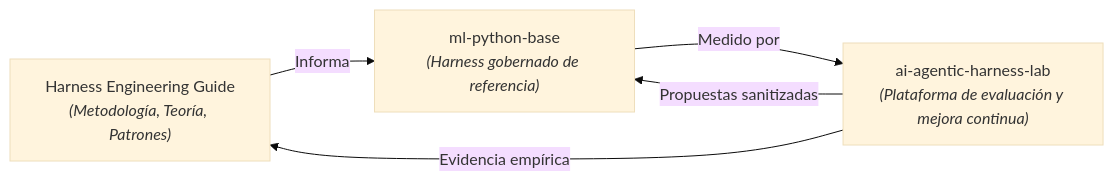
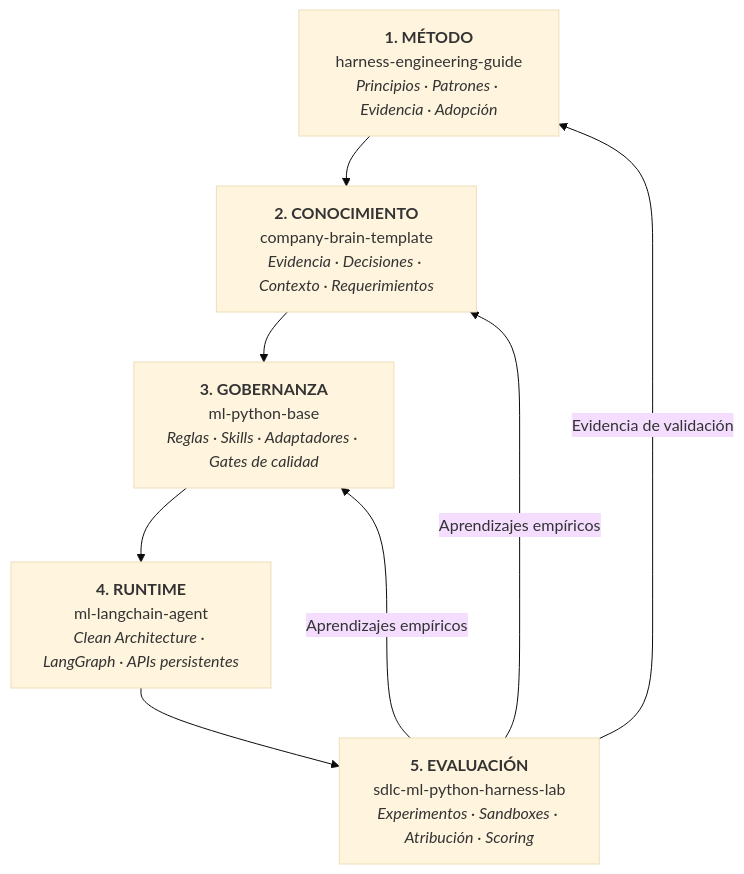
Before and after one commit to marcosdh1987/harness-engineering-guide: the third of 3 diagrams in docs/es/index.md, drawn with Mermaid (base theme). The commit also changed other lines of this file and 120 other files, not shown here.

````diff
--- a/docs/es/index.md
+++ b/docs/es/index.md
@@ -111,11 +111,13 @@
 ```mermaid
-flowchart LR
-    GUIDE["Harness Engineering Guide<br/><i>(Metodología, Teoría, Patrones)</i>"]
-    MPB["ml-python-base<br/><i>(Harness gobernado de referencia)</i>"]
-    LAB["ai-agentic-harness-lab<br/><i>(Plataforma de evaluación y mejora continua)</i>"]
+flowchart TD
+    GUIDE["<b>1. MÉTODO</b><br/>harness-engineering-guide<br/><i>Principios · Patrones · Evidencia · Adopción</i>"]
+    BRAIN["<b>2. CONOCIMIENTO</b><br/>company-brain-template<br/><i>Evidencia · Decisiones · Contexto · Requerimientos</i>"]
+    HARNESS["<b>3. GOBERNANZA</b><br/>ml-python-base<br/><i>Reglas · Skills · Adaptadores · Gates de calidad</i>"]
+    RUNTIME["<b>4. RUNTIME</b><br/>ml-langchain-agent<br/><i>Clean Architecture · LangGraph · APIs persistentes</i>"]
+    LAB["<b>5. EVALUACIÓN</b><br/>sdlc-ml-python-harness-lab<br/><i>Experimentos · Sandboxes · Atribución · Scoring</i>"]
 
-    GUIDE -->|"Informa"| MPB
-    MPB -->|"Medido por"| LAB
-    LAB -->|"Propuestas sanitizadas"| MPB
-    LAB -->|"Evidencia empírica"| GUIDE
+    GUIDE --> BRAIN --> HARNESS --> RUNTIME --> LAB
+    LAB -->|"Aprendizajes empíricos"| HARNESS
+    LAB -->|"Aprendizajes empíricos"| BRAIN
+    LAB -->|"Evidencia de validación"| GUIDE
 ```
````
